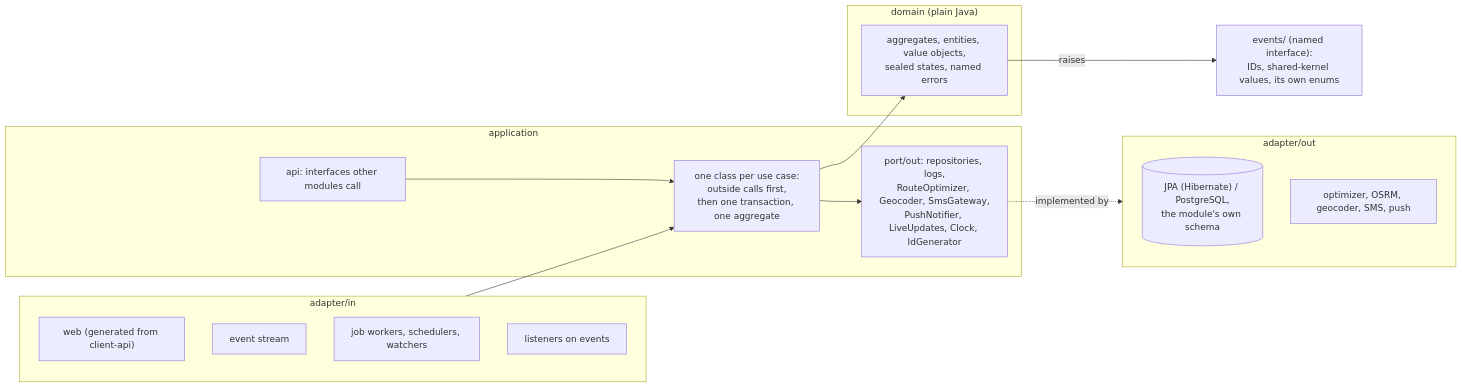
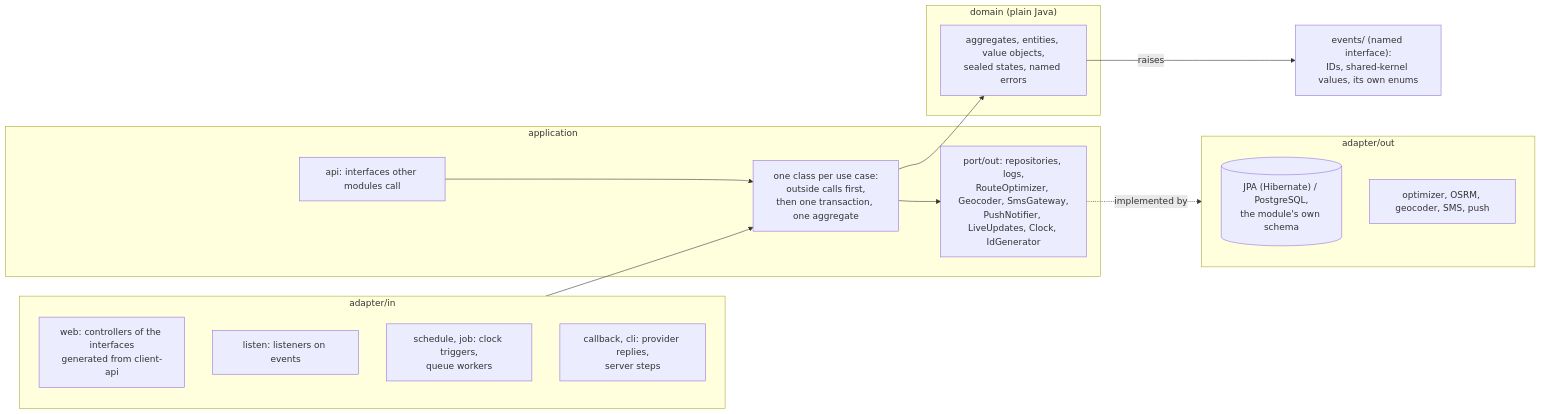
One commit to NaimElijah/DispatchFlow changed the ninth of 10 diagrams in docs/architecture/domain_layer/domain_layer_design.md. Above: the diagram before and after it, drawn with Mermaid. The commit also changed other lines of this file and 9 other files, not shown here.

````diff
--- a/docs/architecture/domain_layer/domain_layer_design.md
+++ b/docs/architecture/domain_layer/domain_layer_design.md
@@ -1501,28 +1501,28 @@
 ```mermaid
 flowchart LR
   subgraph IN["adapter/in"]
-    WEB["web (generated from client-api)"]
-    SSE["event stream"]
-    JOB["job workers, schedulers, watchers"]
-    LIS["listeners on events"]
+    WEB["web: controllers of the interfaces<br/>generated from client-api"]
+    LIS["listen: listeners on events"]
+    JOB["schedule, job: clock triggers,<br/>queue workers"]
+    CLI["callback, cli: provider replies,<br/>server steps"]
   end
   subgraph APP["application"]
     API["api: interfaces other modules call"]
     SVC["one class per use case:<br/>outside calls first,<br/>then one transaction, one aggregate"]
     POUT["port/out: repositories, logs,<br/>RouteOptimizer, Geocoder, SmsGateway,<br/>PushNotifier, LiveUpdates, Clock, IdGenerator"]
   end
   subgraph DOM["domain (plain Java)"]
     M["aggregates, entities, value objects,<br/>sealed states, named errors"]
   end
   subgraph OUT["adapter/out"]
     DB[("JPA (Hibernate) / PostgreSQL,<br/>the module's own schema")]
     HTTP["optimizer, OSRM, geocoder, SMS, push"]
   end
   IN --> SVC
   API --> SVC
   SVC --> M
   SVC --> POUT
   EVT["events/ (named interface):<br/>IDs, shared-kernel values, its own enums"]
   M -->|raises| EVT
   POUT -.->|implemented by| OUT
 ```
````
